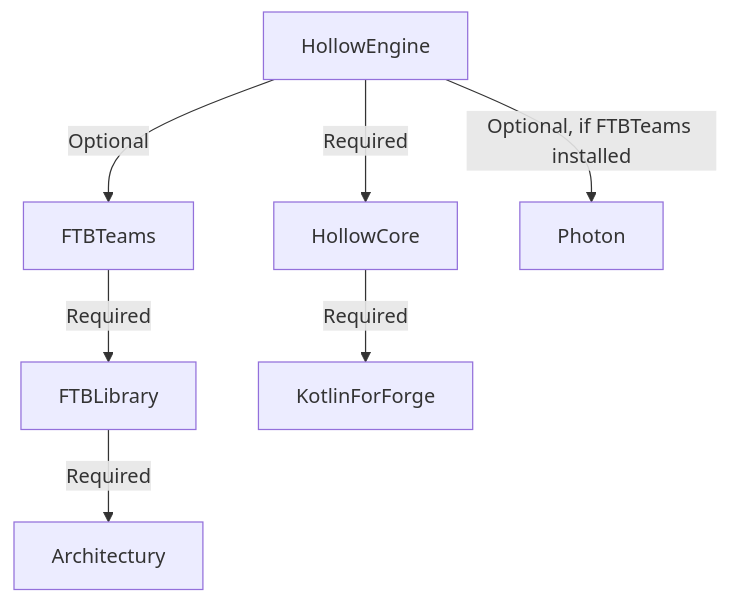
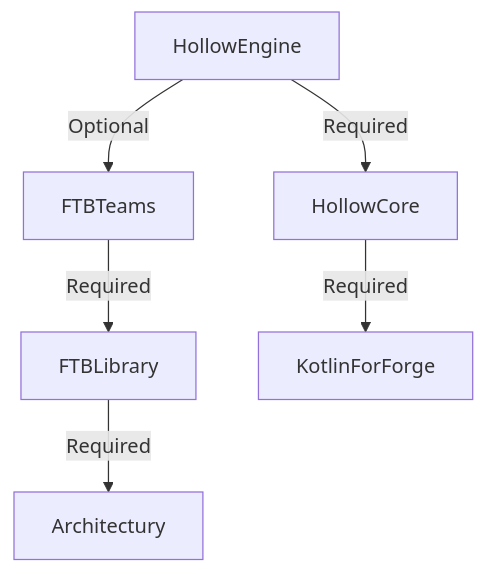
One commit to 0mods/docsweb changed the diagram in docs/hollowengine/Begin/requirement.mdx. Above: the diagram before and after it, drawn with Mermaid. The commit also changed 22 other files, not shown here.

````diff
--- a/docs/hollowengine/Begin/requirement.mdx
+++ b/docs/hollowengine/Begin/requirement.mdx
@@ -10,9 +10,8 @@
 ```mermaid 
 graph TD
    A[HollowEngine]-->|Required| B[HollowCore];
    A-->|Optional| C[FTBTeams];
-   A-->|Optional, if FTBTeams installed| D[Photon];
    C-->|Required| E[FTBLibrary];
    E-->|Required| F[Architectury];
    B-->|Required| G[KotlinForForge];
 ```
````
